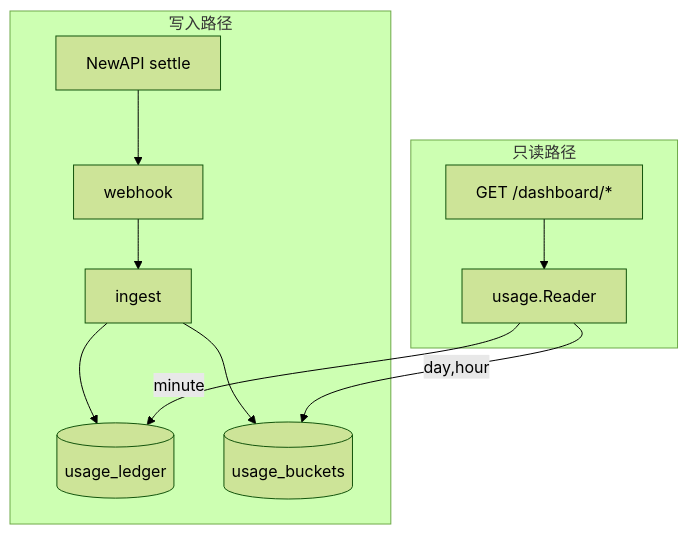
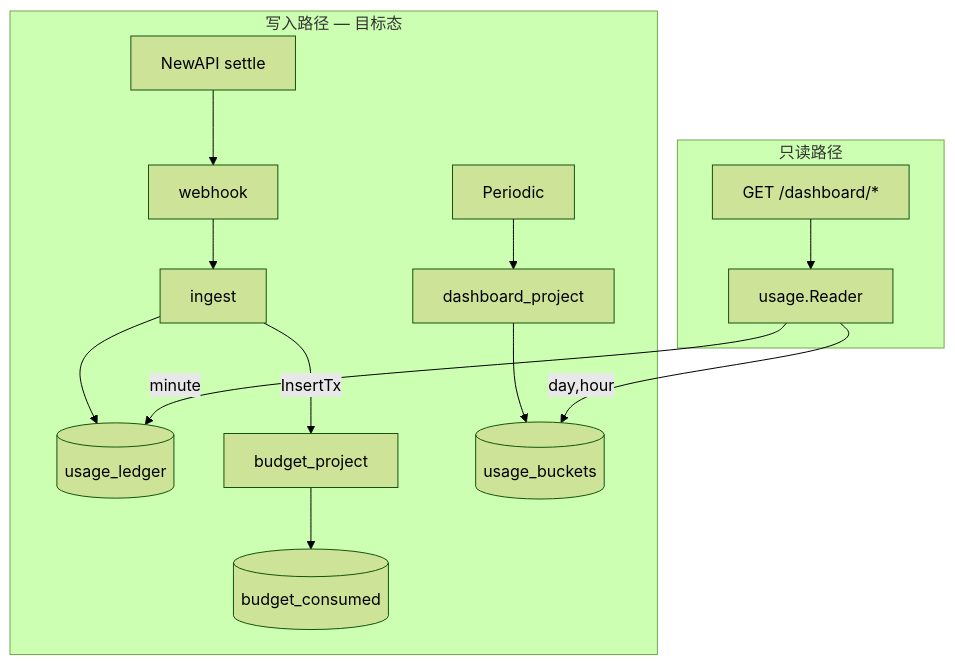
The sixth of 6 diagrams in docs/Backend-架构.md (quyip8818/mytokenjoy), drawn with Mermaid (forest theme) before and after one commit. The commit also changed other lines of this file and 112 other files, not shown here.

````diff
--- a/docs/Backend-架构.md
+++ b/docs/Backend-架构.md
@@ -417,14 +438,16 @@
 ```mermaid
 flowchart TB
-  subgraph write [写入路径]
+  subgraph write [写入路径 — 目标态]
     NA[NewAPI settle] --> WH[webhook] --> ING[ingest]
     ING --> UL[(usage_ledger)]
-    ING --> UB[(usage_buckets)]
+    ING -->|InsertTx| BP[budget_project]
+    BP --> BC[(budget_consumed)]
+    PER[Periodic] --> DP[dashboard_project] --> UB[(usage_buckets)]
   end
   subgraph read [只读路径]
     API["GET /dashboard/*"]
     API --> RDR[usage.Reader]
     RDR -->|day,hour| UB
     RDR -->|minute| UL
   end
 ```
````
